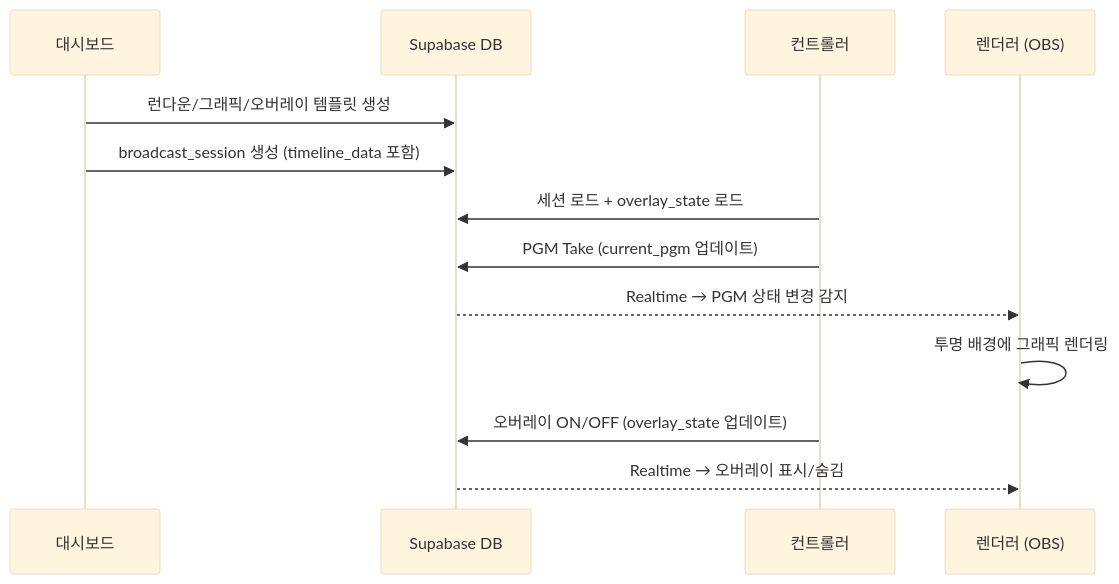
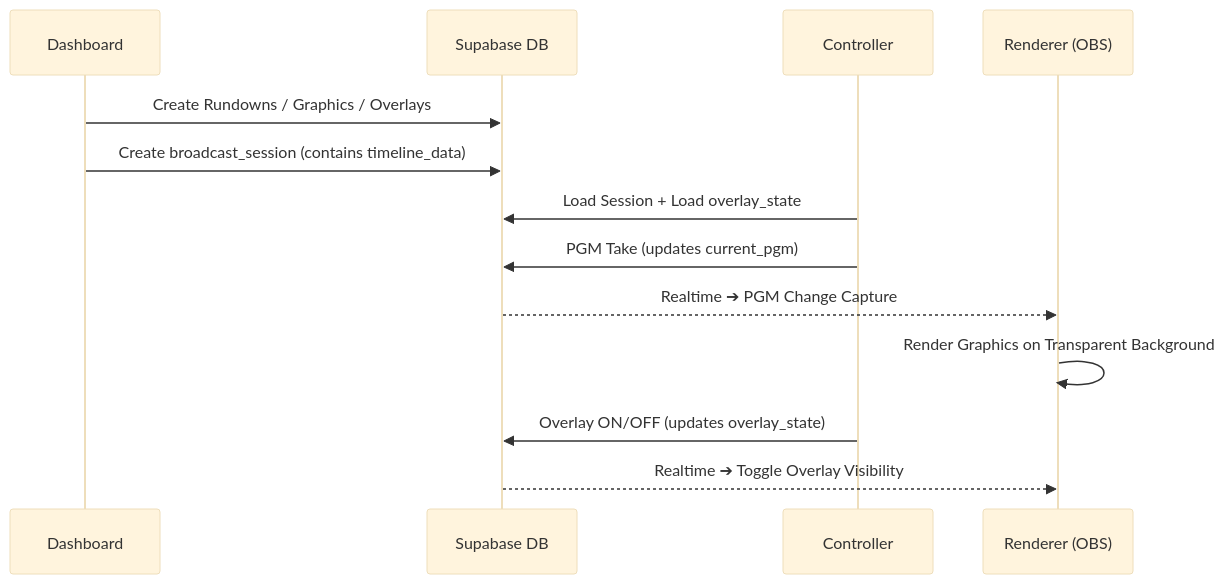
The first of 2 diagrams in webcg-k/README.md (gkisanet/webcg-k), drawn with Mermaid (base theme) before and after one commit. The commit also changed other lines of this file and 39 other files, not shown here.

````diff
--- a/webcg-k/README.md
+++ b/webcg-k/README.md
@@ -38,16 +39,16 @@
 ```mermaid
 sequenceDiagram
-    participant D as 대시보드
+    participant D as Dashboard
     participant DB as Supabase DB
-    participant C as 컨트롤러
-    participant R as 렌더러 (OBS)
+    participant C as Controller
+    participant R as Renderer (OBS)
 
-    D->>DB: 런다운/그래픽/오버레이 템플릿 생성
-    D->>DB: broadcast_session 생성 (timeline_data 포함)
-    C->>DB: 세션 로드 + overlay_state 로드
-    C->>DB: PGM Take (current_pgm 업데이트)
-    DB-->>R: Realtime → PGM 상태 변경 감지
-    R->>R: 투명 배경에 그래픽 렌더링
-    C->>DB: 오버레이 ON/OFF (overlay_state 업데이트)
-    DB-->>R: Realtime → 오버레이 표시/숨김
+    D->>DB: Create Rundowns / Graphics / Overlays
+    D->>DB: Create broadcast_session (contains timeline_data)
+    C->>DB: Load Session + Load overlay_state
+    C->>DB: PGM Take (updates current_pgm)
+    DB-->>R: Realtime ➔ PGM Change Capture
+    R->>R: Render Graphics on Transparent Background
+    C->>DB: Overlay ON/OFF (updates overlay_state)
+    DB-->>R: Realtime ➔ Toggle Overlay Visibility
 ```
````
